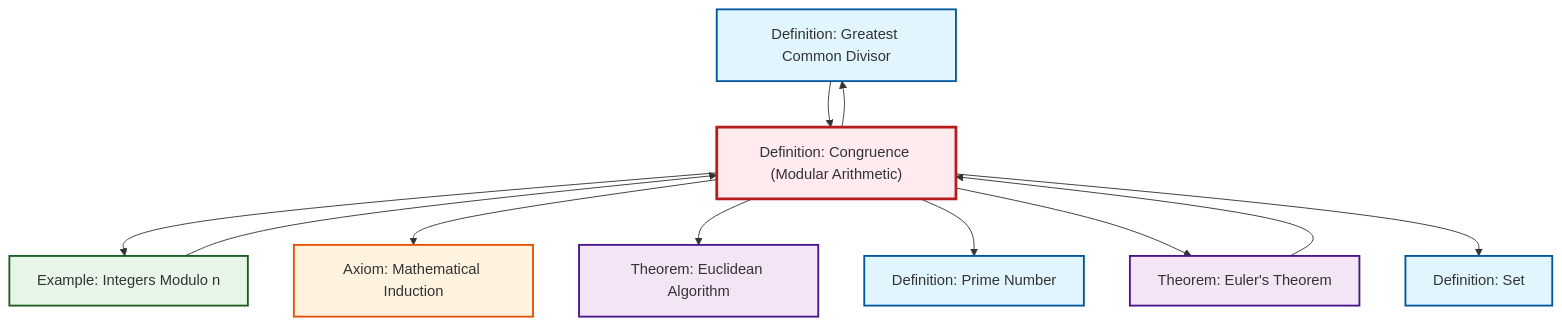
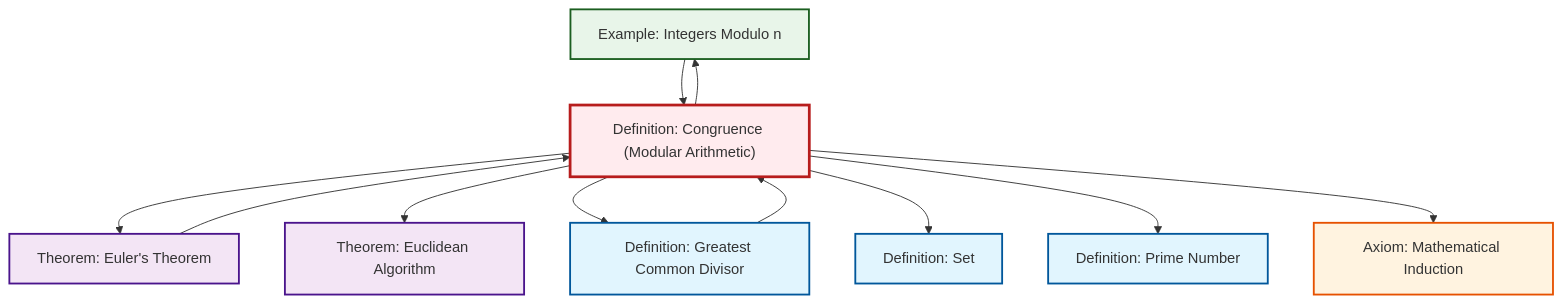
Before and after one commit to RK0429/ModernMath: the diagram in content/en/number-theory/def-congruence.qmd, drawn with Mermaid. The commit also changed other lines of this file and 434 other files, not shown here.

````diff
--- a/content/en/number-theory/def-congruence.qmd
+++ b/content/en/number-theory/def-congruence.qmd
@@ -121,35 +121,35 @@
 ```{mermaid}
 %%| fig-cap: "Local dependency graph"
 graph TD
     classDef definition fill:#e1f5fe,stroke:#01579b,stroke-width:2px
     classDef theorem fill:#f3e5f5,stroke:#4a148c,stroke-width:2px
     classDef axiom fill:#fff3e0,stroke:#e65100,stroke-width:2px
     classDef example fill:#e8f5e9,stroke:#1b5e20,stroke-width:2px
     classDef current fill:#ffebee,stroke:#b71c1c,stroke-width:3px
+    def-set["Definition: Set"]:::definition
+    ex-quotient-integers-mod-n["Example: Integers Modulo n"]:::example
+    thm-euclidean-algorithm["Theorem: Euclidean Algorithm"]:::theorem
+    def-prime["Definition: Prime Number"]:::definition
+    ax-induction["Axiom: Mathematical Induction"]:::axiom
     def-gcd["Definition: Greatest Common Divisor"]:::definition
     thm-euler["Theorem: Euler's Theorem"]:::theorem
-    ax-induction["Axiom: Mathematical Induction"]:::axiom
-    ex-quotient-integers-mod-n["Example: Integers Modulo n"]:::example
-    thm-euclidean-algorithm["Theorem: Euclidean Algorithm"]:::theorem
     def-congruence["Definition: Congruence (Modular Arithmetic)"]:::definition
-    def-set["Definition: Set"]:::definition
-    def-prime["Definition: Prime Number"]:::definition
+    def-congruence --> thm-euler
+    def-congruence --> thm-euclidean-algorithm
+    def-congruence --> def-gcd
+    ex-quotient-integers-mod-n --> def-congruence
     thm-euler --> def-congruence
     def-congruence --> ex-quotient-integers-mod-n
+    def-gcd --> def-congruence
+    def-congruence --> def-set
+    def-congruence --> def-prime
     def-congruence --> ax-induction
-    def-congruence --> thm-euclidean-algorithm
-    def-congruence --> def-prime
-    def-congruence --> thm-euler
-    def-congruence --> def-set
-    def-gcd --> def-congruence
-    def-congruence --> def-gcd
-    ex-quotient-integers-mod-n --> def-congruence
     class def-congruence current
+    click def-set "def-set.html" "Go to Set definition"
+    click ex-quotient-integers-mod-n "ex-quotient-integers-mod-n.html" "Go to Integers Modulo n example"
+    click thm-euclidean-algorithm "thm-euclidean-algorithm.html" "Go to Euclidean Algorithm theorem"
+    click def-prime "def-prime.html" "Go to Prime Number definition"
+    click ax-induction "ax-induction.html" "Go to Mathematical Induction axiom"
     click def-gcd "def-gcd.html" "Go to Greatest Common Divisor definition"
     click thm-euler "thm-euler.html" "Go to Euler's Theorem theorem"
-    click ax-induction "ax-induction.html" "Go to Mathematical Induction axiom"
-    click ex-quotient-integers-mod-n "ex-quotient-integers-mod-n.html" "Go to Integers Modulo n example"
-    click thm-euclidean-algorithm "thm-euclidean-algorithm.html" "Go to Euclidean Algorithm theorem"
-    click def-set "def-set.html" "Go to Set definition"
-    click def-prime "def-prime.html" "Go to Prime Number definition"
 ```
````
